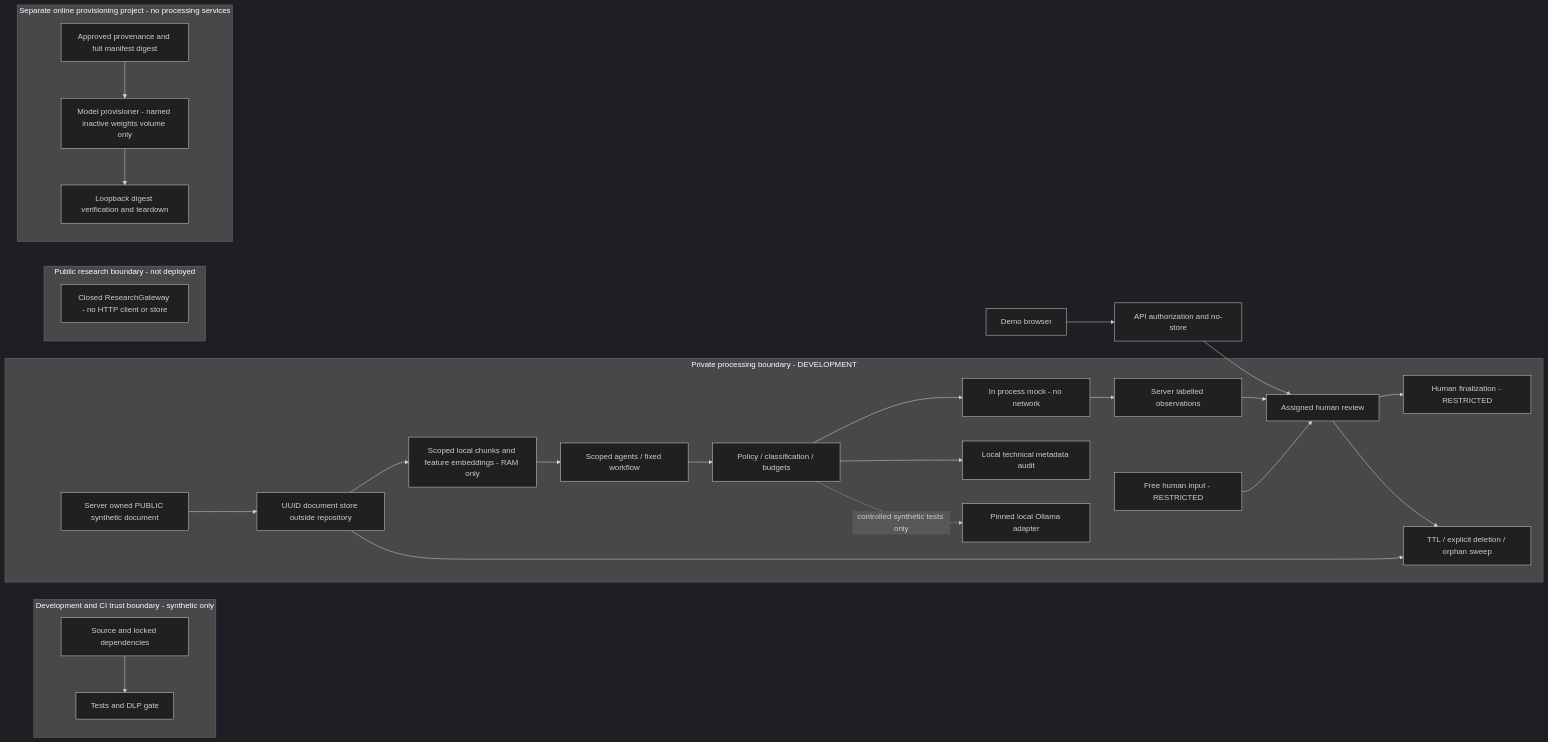
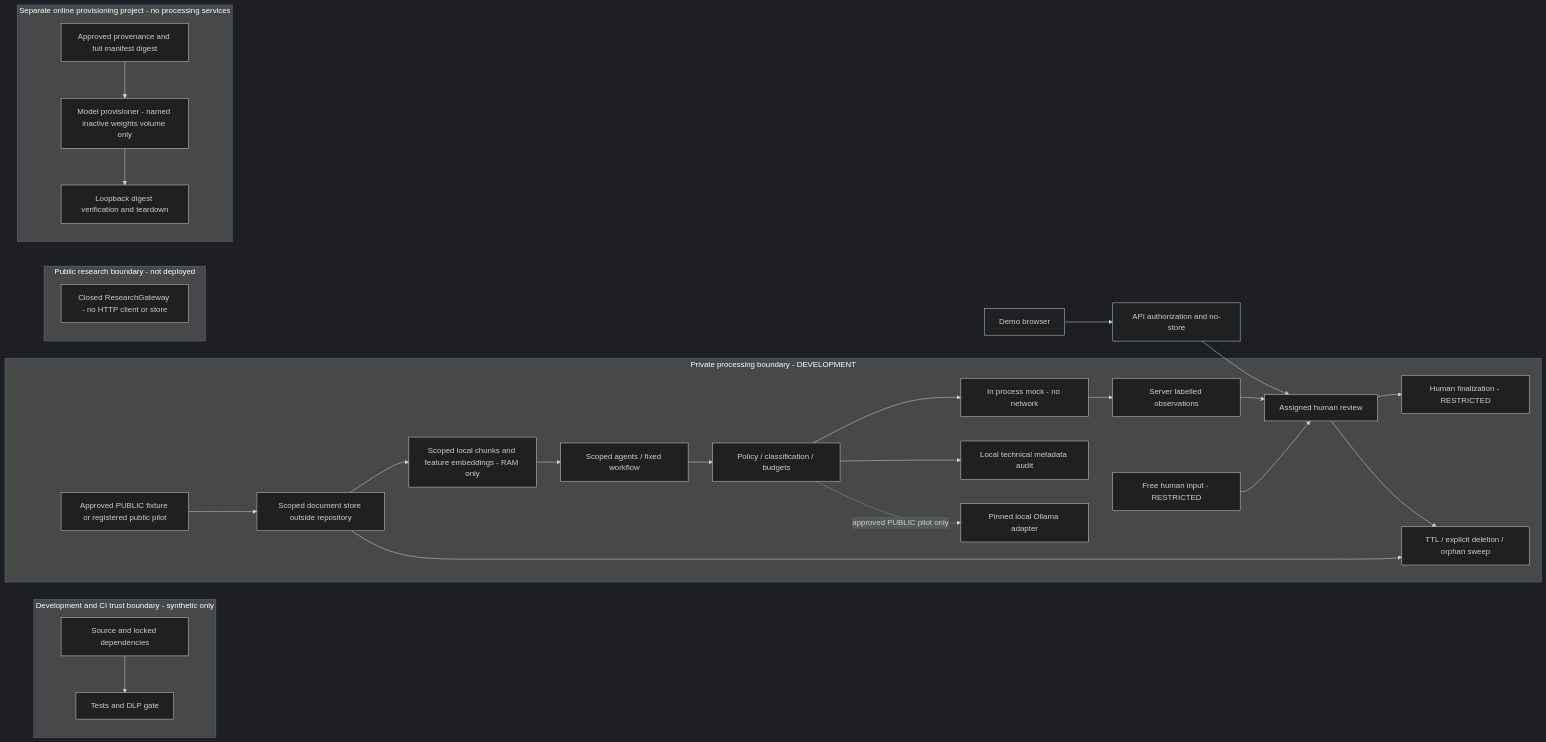
The diagram in docs/security/data_flow.md (HerrBubimann/ThesisHounds), drawn with Mermaid (dark theme) before and after one commit. The commit also changed other lines of this file and 167 other files, not shown here.

````diff
--- a/docs/security/data_flow.md
+++ b/docs/security/data_flow.md
@@ -10,30 +10,30 @@
 ```mermaid
 flowchart LR
   subgraph Dev[Development and CI trust boundary - synthetic only]
     Git[Source and locked dependencies] --> CI[Tests and DLP gate]
   end
   subgraph Private[Private processing boundary - DEVELOPMENT]
-    Fixture[Server owned PUBLIC synthetic document] --> Store[UUID document store outside repository]
+    Fixture[Approved PUBLIC fixture or registered public pilot] --> Store[Scoped document store outside repository]
     Store --> Context[Scoped local chunks and feature embeddings - RAM only]
     Context --> Agents[Scoped agents / fixed workflow]
     Agents --> Policy[Policy / classification / budgets]
     Policy --> Mock[In process mock - no network]
     Mock --> Findings[Server labelled observations]
     Human[Free human input - RESTRICTED] --> Review[Assigned human review]
     Findings --> Review
     Review --> Final[Human finalization - RESTRICTED]
     Store --> Delete[TTL / explicit deletion / orphan sweep]
     Review --> Delete
     Policy --> Audit[Local technical metadata audit]
-    Policy -. controlled synthetic tests only .-> Pinned[Pinned local Ollama adapter]
+    Policy -. approved PUBLIC pilot only .-> Pinned[Pinned local Ollama adapter]
   end
   Browser[Demo browser] --> API[API authorization and no-store]
   API --> Review
   subgraph Public[Public research boundary - not deployed]
     Research[Closed ResearchGateway - no HTTP client or store]
   end
   subgraph Provision[Separate online provisioning project - no processing services]
     Approval[Approved provenance and full manifest digest] --> Pull[Model provisioner - named inactive weights volume only]
     Pull --> Verify[Loopback digest verification and teardown]
   end
 ```
````
